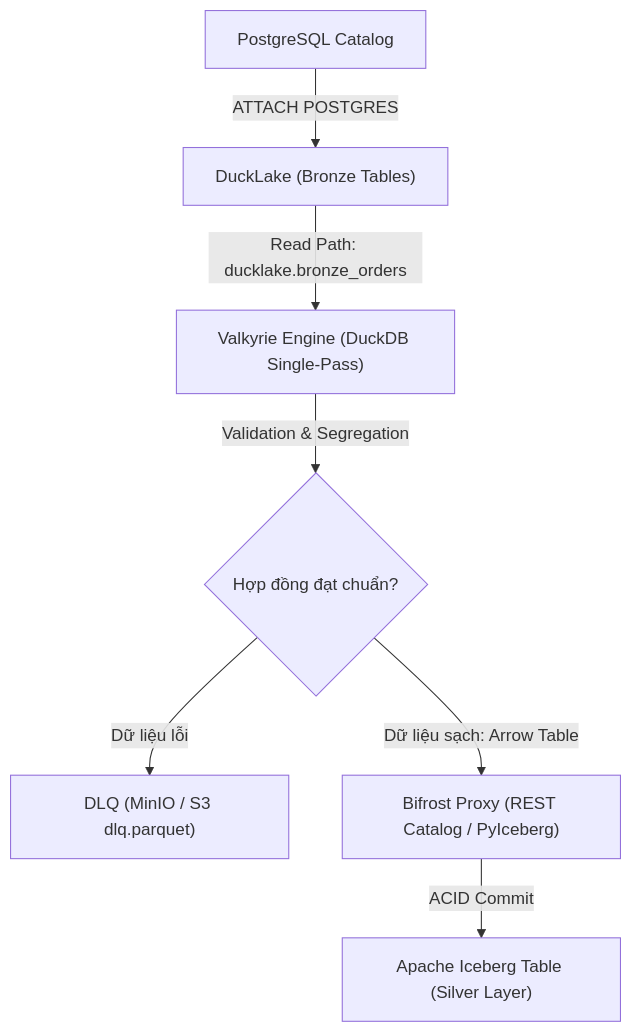
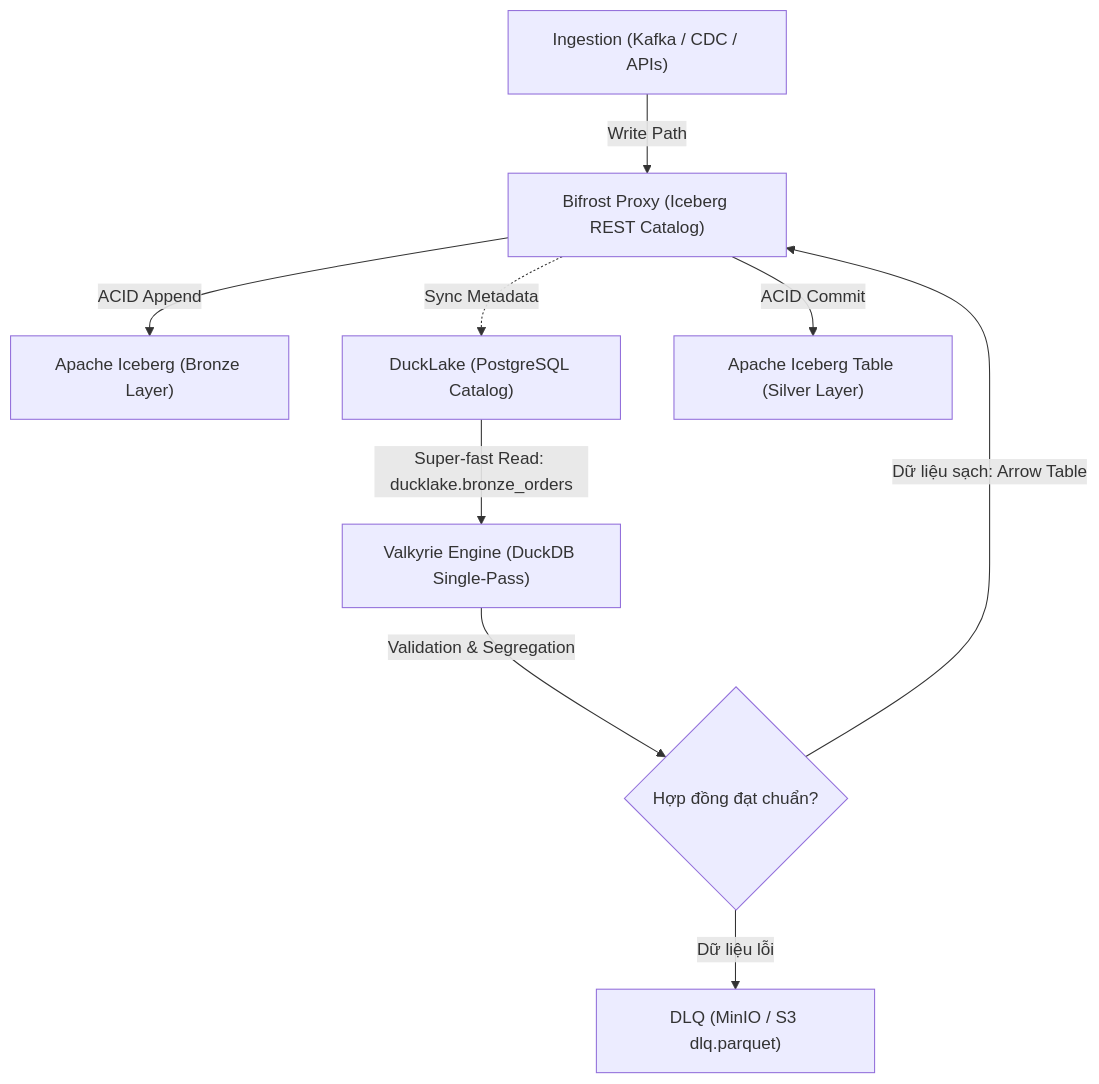
The diagram in docs/DE_GUIDE.md (next0258456/valkyrie), drawn with Mermaid before and after one commit. The commit also changed other lines of this file and 2 other files, not shown here.

Commit message:
docs: clarify Bifrost Proxy role replacing Polaris and syncing Iceberg Bronze to DuckLake

````diff
--- a/docs/DE_GUIDE.md
+++ b/docs/DE_GUIDE.md
@@ -325,9 +330,11 @@
 ```mermaid
 flowchart TD
-    Postgres["PostgreSQL Catalog"] -->|ATTACH POSTGRES| DuckLake["DuckLake (Bronze Tables)"]
-    DuckLake -->|Read Path: ducklake.bronze_orders| Valkyrie["Valkyrie Engine (DuckDB Single-Pass)"]
+    Ingestion["Ingestion (Kafka / CDC / APIs)"] -->|Write Path| Bifrost["Bifrost Proxy (Iceberg REST Catalog)"]
+    Bifrost -->|ACID Append| IcebergBronze["Apache Iceberg (Bronze Layer)"]
+    Bifrost -.->|Sync Metadata| DuckLake["DuckLake (PostgreSQL Catalog)"]
+    DuckLake -->|Super-fast Read: ducklake.bronze_orders| Valkyrie["Valkyrie Engine (DuckDB Single-Pass)"]
     Valkyrie -->|Validation & Segregation| Decision{"Hợp đồng đạt chuẩn?"}
     Decision -->|Dữ liệu lỗi| DLQ["DLQ (MinIO / S3 dlq.parquet)"]
-    Decision -->|Dữ liệu sạch: Arrow Table| Bifrost["Bifrost Proxy (REST Catalog / PyIceberg)"]
+    Decision -->|Dữ liệu sạch: Arrow Table| Bifrost
     Bifrost -->|ACID Commit| Silver["Apache Iceberg Table (Silver Layer)"]
 ```
````
